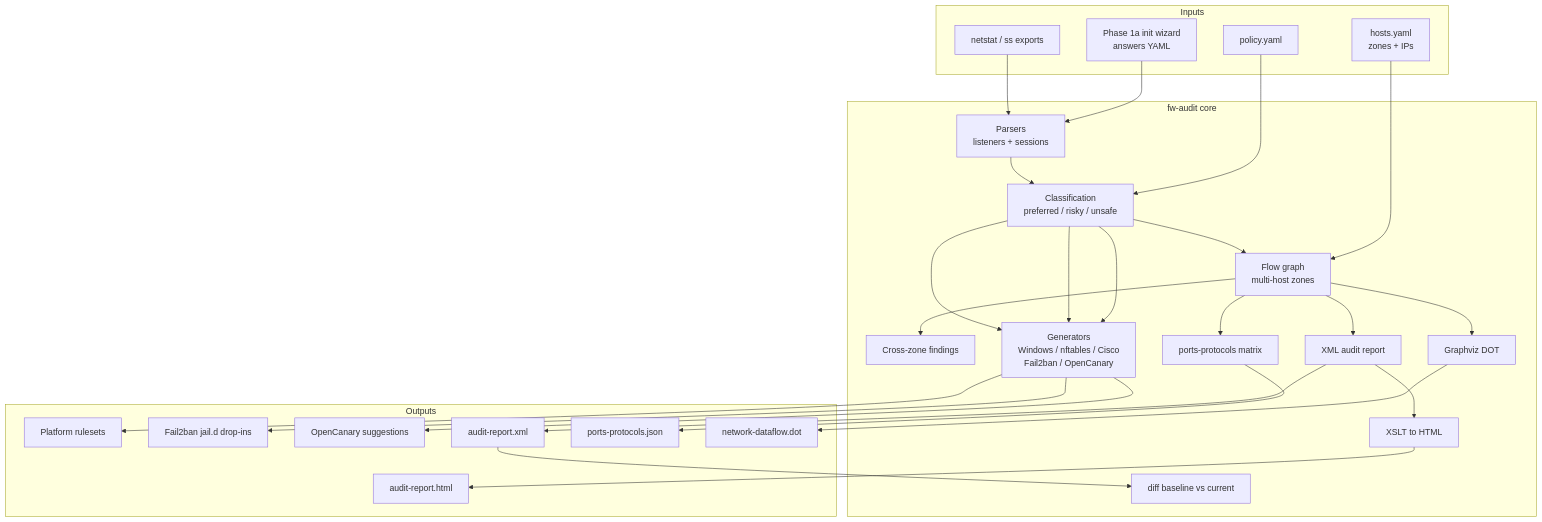
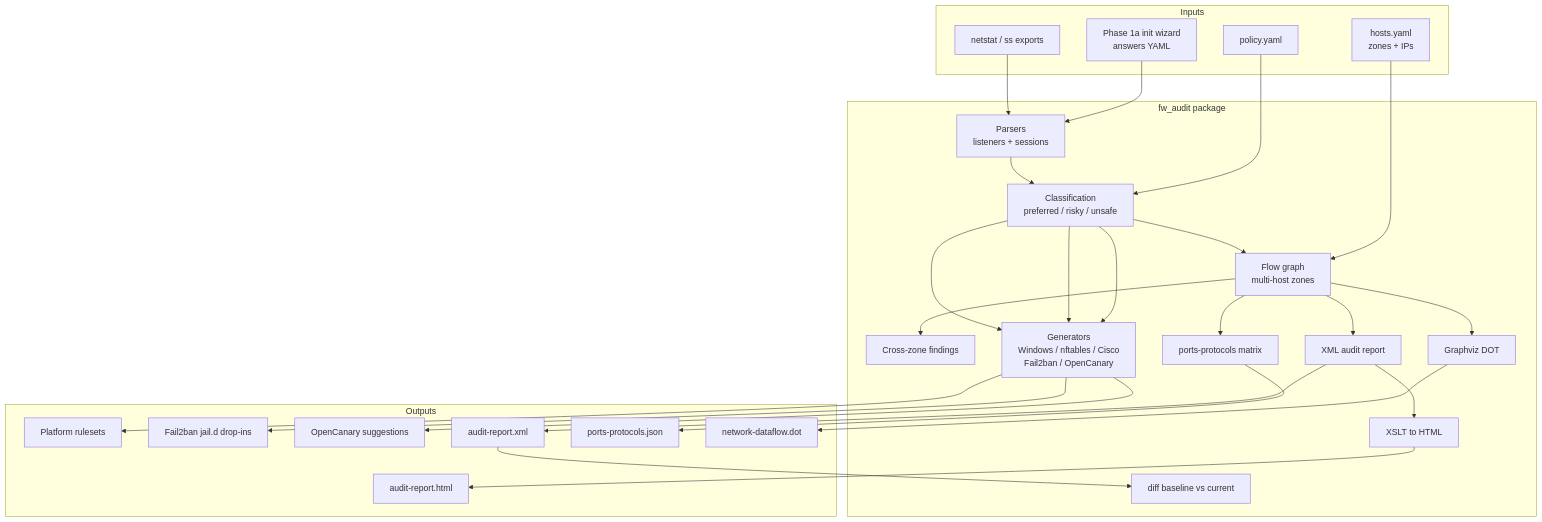
One commit to mowgli42/shield-map changed the second of 2 diagrams in README.md. Above: the diagram before and after it, drawn with Mermaid. The commit also changed other lines of this file and 23 other files, not shown here.

````diff
--- a/README.md
+++ b/README.md
@@ -30,46 +51,46 @@
 ```mermaid
 flowchart TB
   subgraph inputs [Inputs]
     INIT[Phase 1a init wizard\nanswers YAML]
     NET[netstat / ss exports]
     HOSTS[hosts.yaml\nzones + IPs]
     POLICY[policy.yaml]
   end
 
-  subgraph core [fw-audit core]
+  subgraph core [fw_audit package]
     PARSE[Parsers\nlisteners + sessions]
     CLASS[Classification\npreferred / risky / unsafe]
     GRAPH[Flow graph\nmulti-host zones]
     CROSS[Cross-zone findings]
     GEN[Generators\nWindows / nftables / Cisco\nFail2ban / OpenCanary]
     XML[XML audit report]
     MATRIX[ports-protocols matrix]
     DOT[Graphviz DOT]
     XSLT[XSLT to HTML]
     DIFF[diff baseline vs current]
   end
 
   subgraph outputs [Outputs]
     RULES[Platform rulesets]
     F2B[Fail2ban jail.d drop-ins]
     CANARY[OpenCanary suggestions]
     REPORT[audit-report.xml]
     PP[ports-protocols.json]
     HTML[audit-report.html]
     FLOW[network-dataflow.dot]
   end
 
   INIT --> PARSE
   NET --> PARSE
   HOSTS --> GRAPH
   POLICY --> CLASS
   PARSE --> CLASS --> GRAPH --> CROSS
   CLASS --> GEN --> RULES
   CLASS --> GEN --> F2B
   CLASS --> GEN --> CANARY
   GRAPH --> XML --> REPORT
   GRAPH --> MATRIX --> PP
   XML --> XSLT --> HTML
   GRAPH --> DOT --> FLOW
   REPORT --> DIFF
 ```
````
